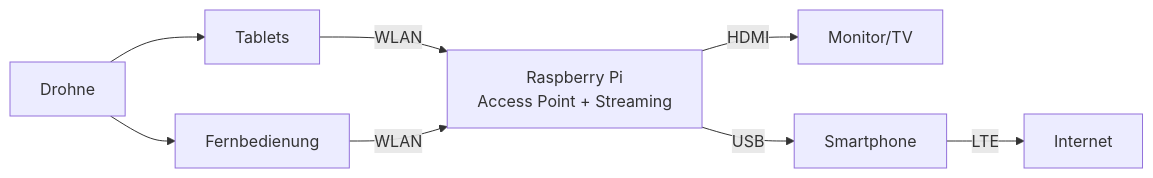
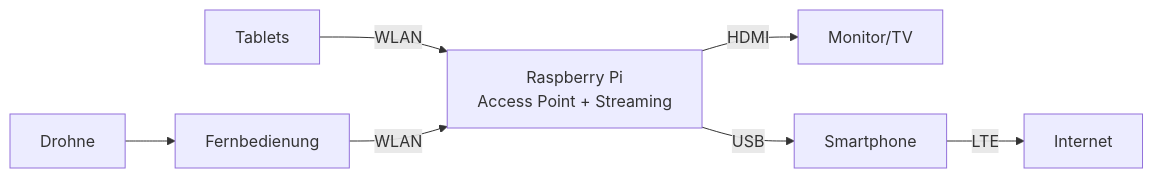
The diagram in README.md (heoelri/mobileinfra), drawn with Mermaid before and after one commit.

Commit message:
Remove connection from Drone to Tablets in system architecture diagram

````diff
--- a/README.md
+++ b/README.md
@@ -24,10 +24,9 @@
 ```mermaid
 flowchart LR
     Drone[Drohne] --> Fernbedienung[Fernbedienung]
-    Drone --> Tablets[Tablets]
     Tablets -- WLAN --> Raspi[Raspberry Pi<br/>Access Point + Streaming]
     Fernbedienung -- WLAN --> Raspi
     Raspi -- HDMI --> TV[Monitor/TV]
     Raspi -- USB --> Phone[Smartphone]
     Phone -- LTE --> Internet[Internet]
 ```
````
